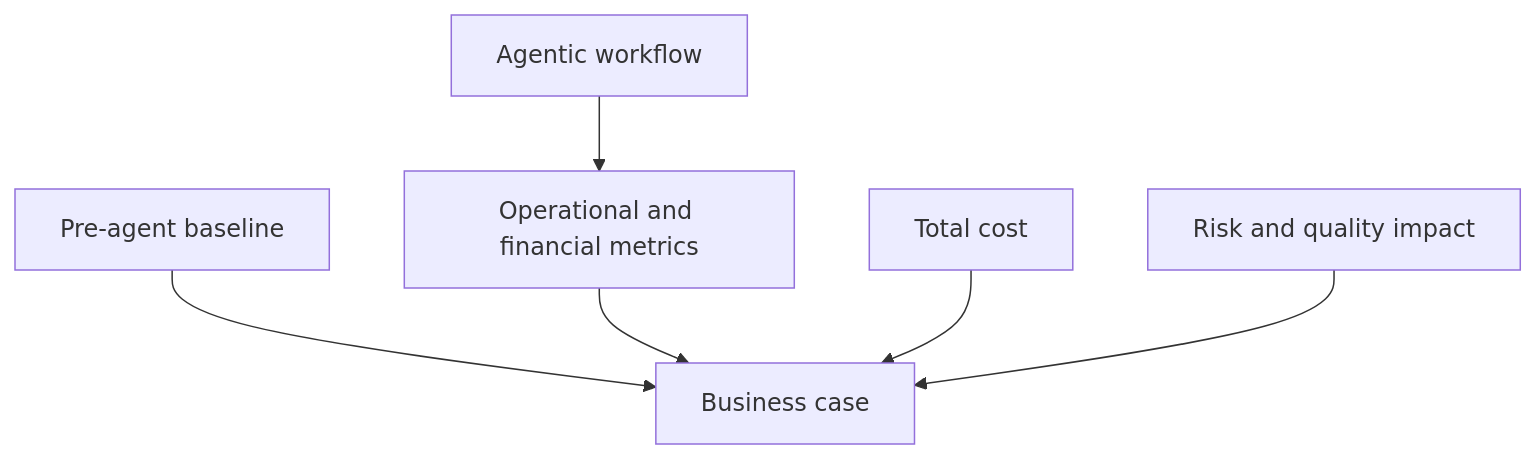
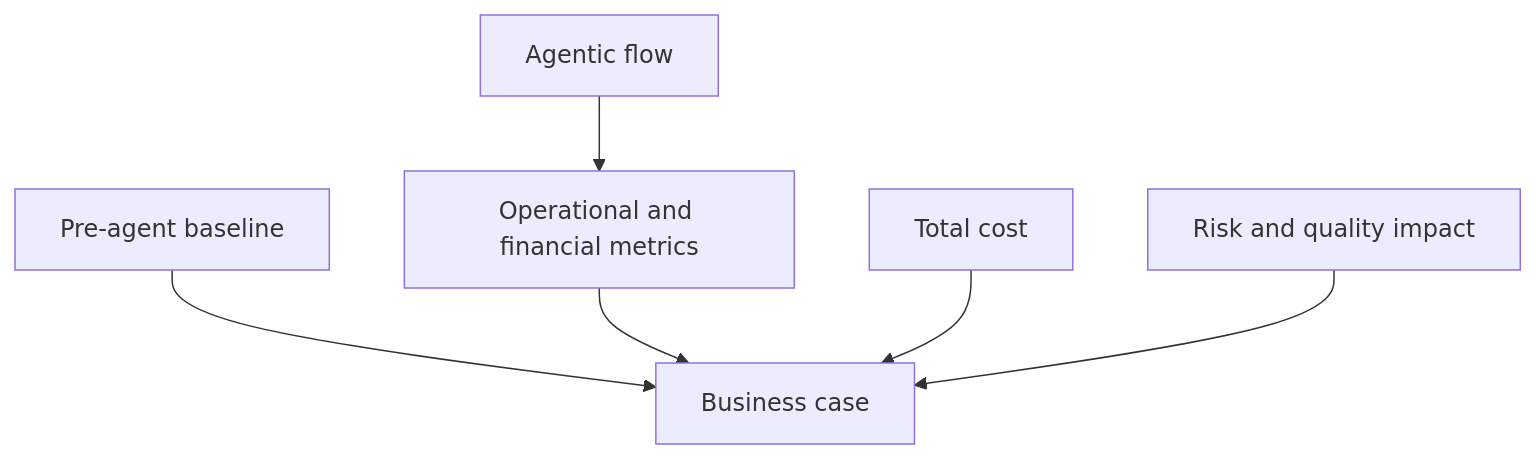
Before and after one commit to naren-allam/agents-beginners: the tenth of 13 diagrams in book/chapters/chapter-06-enterprise-adoption-of-agentic-ai.md, drawn with Mermaid. The commit also changed other lines of this file and 28 other files, not shown here.

````diff
--- a/book/chapters/chapter-06-enterprise-adoption-of-agentic-ai.md
+++ b/book/chapters/chapter-06-enterprise-adoption-of-agentic-ai.md
@@ -300,15 +323,15 @@
 ```mermaid
 flowchart TD
     Baseline["Pre-agent baseline"]
-    AgentWorkflow["Agentic workflow"]
+    Flow["Agentic flow"]
     Metrics["Operational and financial metrics"]
     Cost["Total cost"]
     Risk["Risk and quality impact"]
     ROI["Business case"]
 
     Baseline --> ROI
-    AgentWorkflow --> Metrics
+    Flow --> Metrics
     Metrics --> ROI
     Cost --> ROI
     Risk --> ROI
 ```
````
